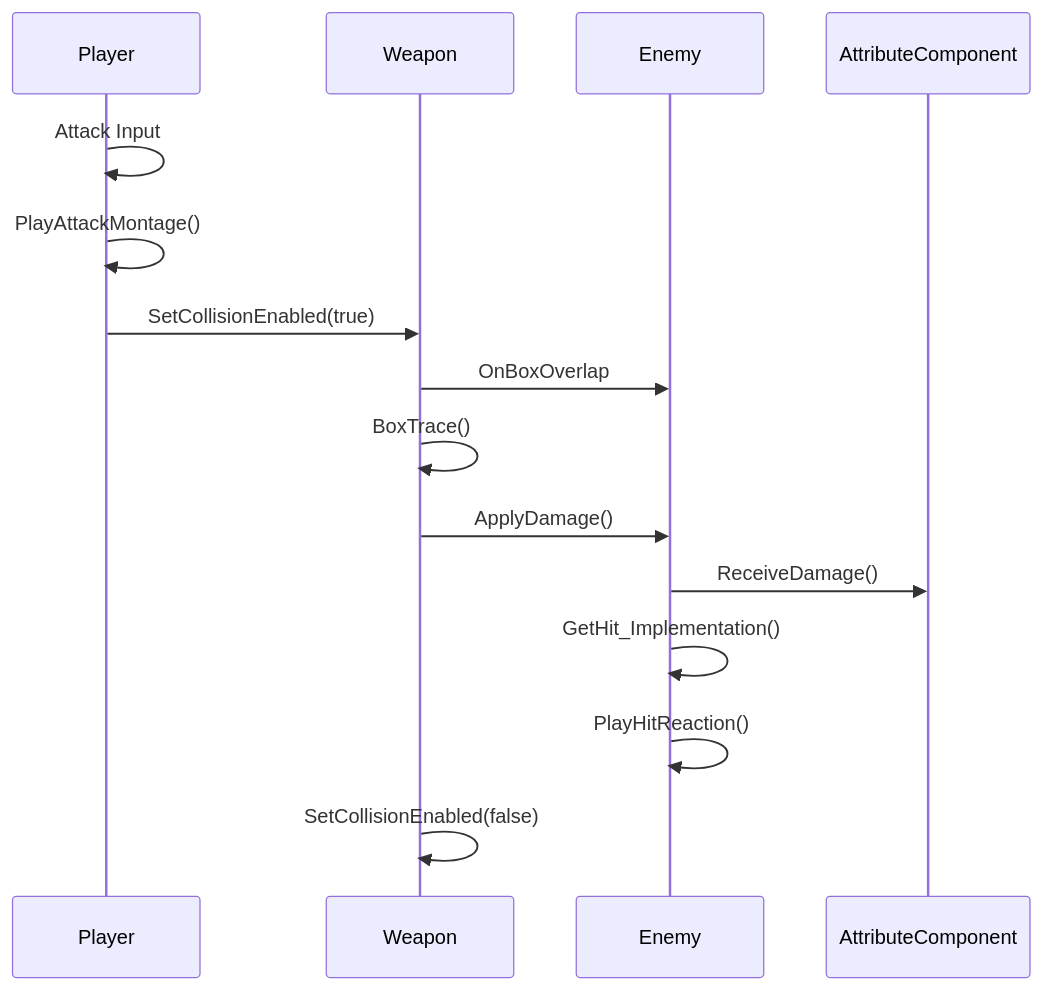
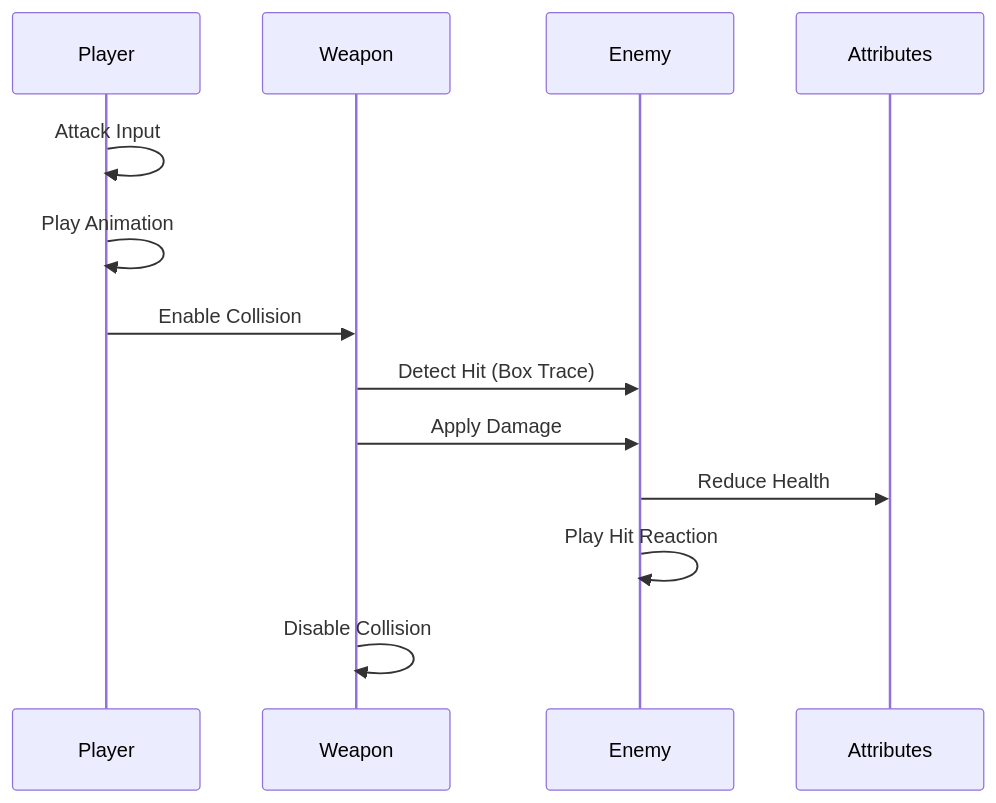
Before and after one commit to Sayan11071998/Steel-and-Shadow: the second of 3 diagrams in README.md, drawn with Mermaid. The commit also changed other lines of this file, not shown here.

````diff
--- a/README.md
+++ b/README.md
@@ -523,18 +55,16 @@
 ```mermaid
 sequenceDiagram
     participant P as Player
     participant W as Weapon
     participant E as Enemy
-    participant A as AttributeComponent
+    participant A as Attributes
     
     P->>P: Attack Input
-    P->>P: PlayAttackMontage()
-    P->>W: SetCollisionEnabled(true)
-    W->>E: OnBoxOverlap
-    W->>W: BoxTrace()
-    W->>E: ApplyDamage()
-    E->>A: ReceiveDamage()
-    E->>E: GetHit_Implementation()
-    E->>E: PlayHitReaction()
-    W->>W: SetCollisionEnabled(false)
+    P->>P: Play Animation
+    P->>W: Enable Collision
+    W->>E: Detect Hit (Box Trace)
+    W->>E: Apply Damage
+    E->>A: Reduce Health
+    E->>E: Play Hit Reaction
+    W->>W: Disable Collision
 ```
````
